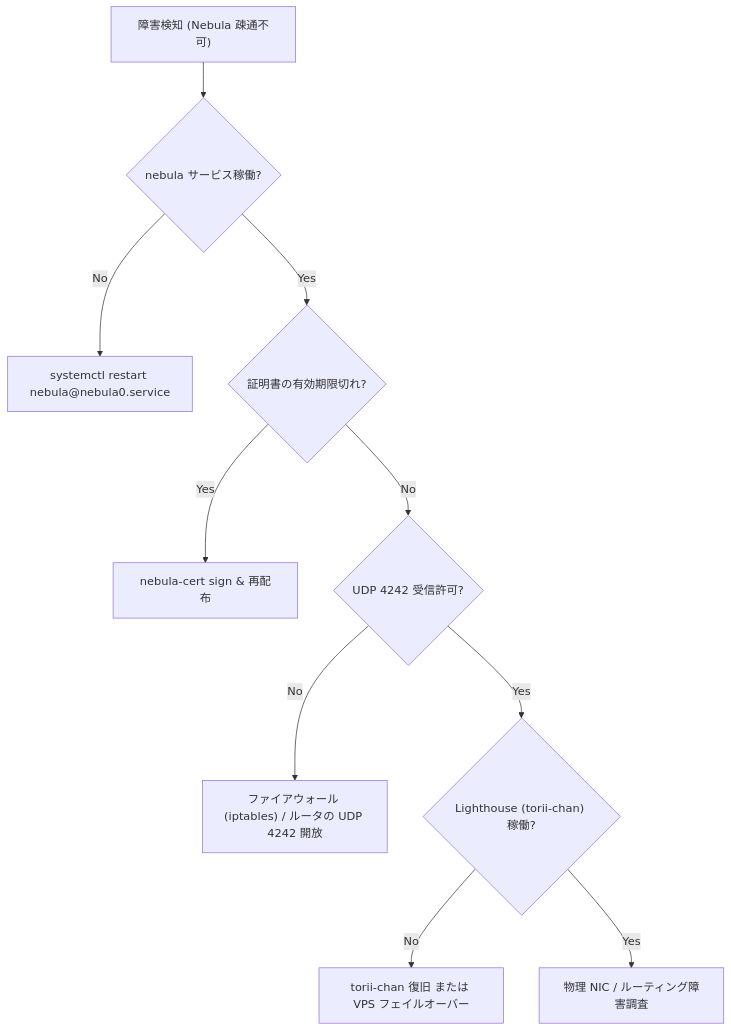
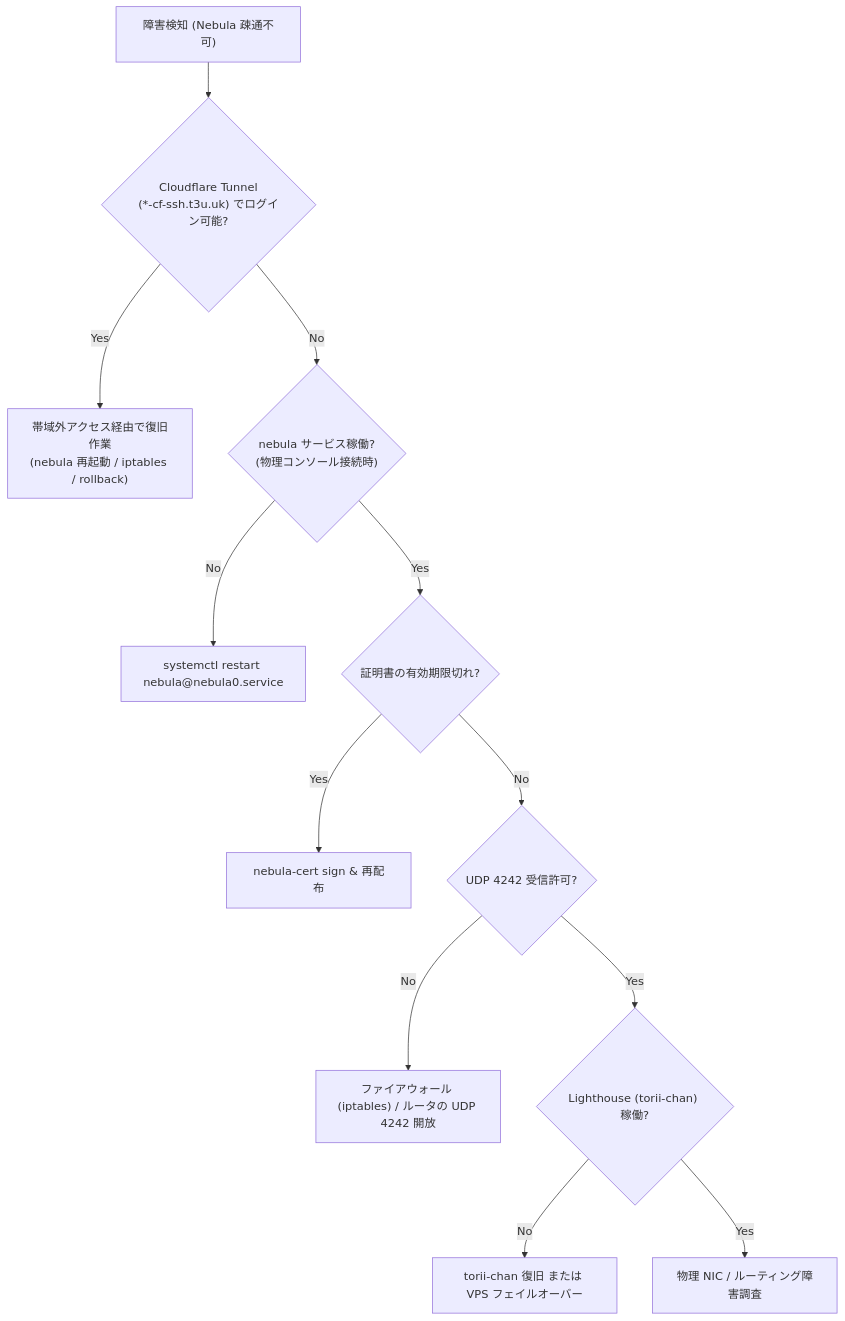
One commit to t3u-tsu/nix-config changed the first of 2 diagrams in docs/troubleshooting/network-recovery.md. Above: the diagram before and after it, drawn with Mermaid. The commit also changed other lines of this file and 12 other files, not shown here.

Commit message:
feat(emergency-ssh): add emergency Cloudflare Tunnel SSH access for fleet hosts

````diff
--- a/docs/troubleshooting/network-recovery.md
+++ b/docs/troubleshooting/network-recovery.md
@@ -15,12 +15,14 @@
 ```mermaid
 flowchart TD
-    Start["障害検知 (Nebula 疎通不可)"] --> CheckService{"nebula サービス稼働?"}
+    Start["障害検知 (Nebula 疎通不可)"] --> CheckOOB{"Cloudflare Tunnel<br>(*-cf-ssh.t3u.uk) でログイン可能?"}
+    CheckOOB -- Yes --> OOBRepair["帯域外アクセス経由で復旧作業<br>(nebula 再起動 / iptables / rollback)"]
+    CheckOOB -- No --> CheckService{"nebula サービス稼働?<br>(物理コンソール接続時)"}
     CheckService -- No --> RestartService["systemctl restart nebula@nebula0.service"]
     CheckService -- Yes --> CheckCert{"証明書の有効期限切れ?"}
     CheckCert -- Yes --> RefreshCert["nebula-cert sign & 再配布"]
     CheckCert -- No --> CheckFirewall{"UDP 4242 受信許可?"}
     CheckFirewall -- No --> FixFW["ファイアウォール (iptables) / ルータの UDP 4242 開放"]
     CheckFirewall -- Yes --> CheckLighthouse{"Lighthouse (torii-chan) 稼働?"}
     CheckLighthouse -- No --> RescueLighthouse["torii-chan 復旧 または VPS フェイルオーバー"]
     CheckLighthouse -- Yes --> OtherNet["物理 NIC / ルーティング障害調査"]
 ```
````
